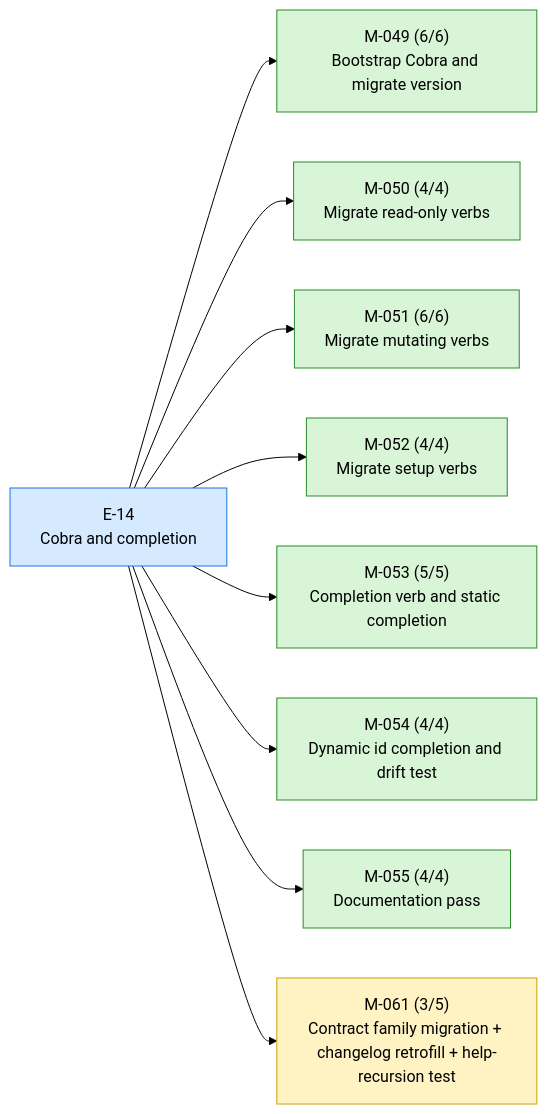
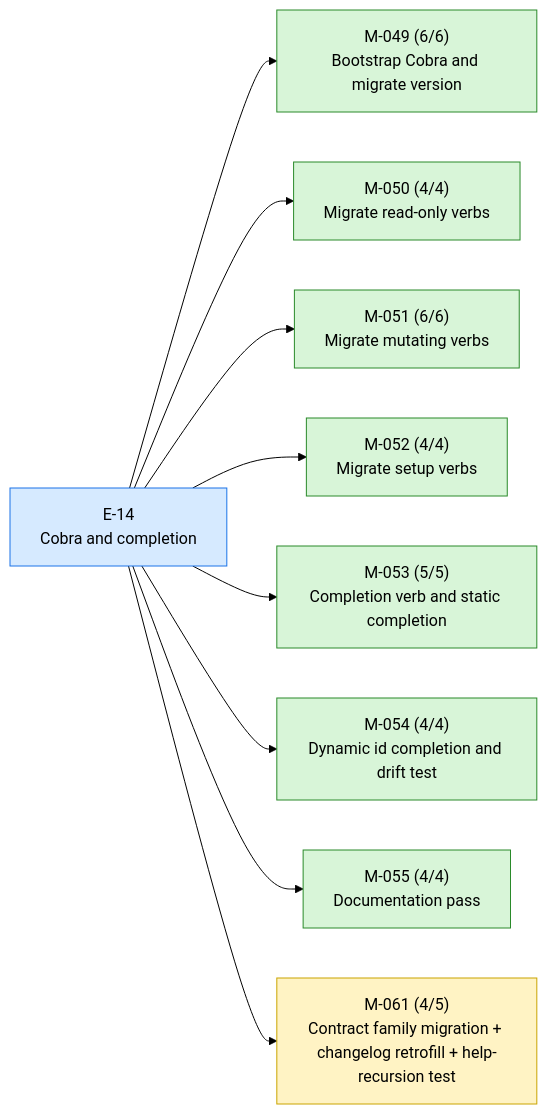
One commit to 23min/aiwf changed the first of 2 diagrams in STATUS.md. Above: the diagram before and after it, drawn with Mermaid (forest theme). The commit also changed other lines of this file and 1 other file, not shown here.

````diff
--- a/STATUS.md
+++ b/STATUS.md
@@ -18,26 +18,26 @@
 ```mermaid
 flowchart LR
   E_14["E-14<br/>Cobra and completion"]:::epic_active
   M_049["M-049 (6/6)<br/>Bootstrap Cobra and migrate version"]:::ms_done
   E_14 --> M_049
   M_050["M-050 (4/4)<br/>Migrate read-only verbs"]:::ms_done
   E_14 --> M_050
   M_051["M-051 (6/6)<br/>Migrate mutating verbs"]:::ms_done
   E_14 --> M_051
   M_052["M-052 (4/4)<br/>Migrate setup verbs"]:::ms_done
   E_14 --> M_052
   M_053["M-053 (5/5)<br/>Completion verb and static completion"]:::ms_done
   E_14 --> M_053
   M_054["M-054 (4/4)<br/>Dynamic id completion and drift test"]:::ms_done
   E_14 --> M_054
   M_055["M-055 (4/4)<br/>Documentation pass"]:::ms_done
   E_14 --> M_055
-  M_061["M-061 (3/5)<br/>Contract family migration + changelog retrofill + help-recursion test"]:::ms_in_progress
+  M_061["M-061 (4/5)<br/>Contract family migration + changelog retrofill + help-recursion test"]:::ms_in_progress
   E_14 --> M_061
   classDef epic_active fill:#d6eaff,stroke:#1a73e8,color:#000
   classDef epic_proposed fill:#f4f4f4,stroke:#888,color:#000
   classDef ms_done fill:#d8f5d8,stroke:#2a8a2a,color:#000
   classDef ms_in_progress fill:#fff3c4,stroke:#caa400,color:#000
   classDef ms_draft fill:#f4f4f4,stroke:#888,color:#000
   classDef ms_cancelled fill:#fbeaea,stroke:#c33,color:#000
 ```
````
